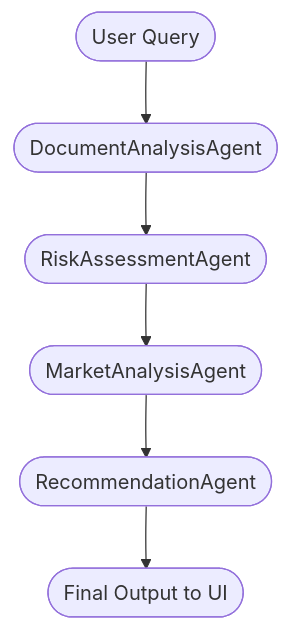
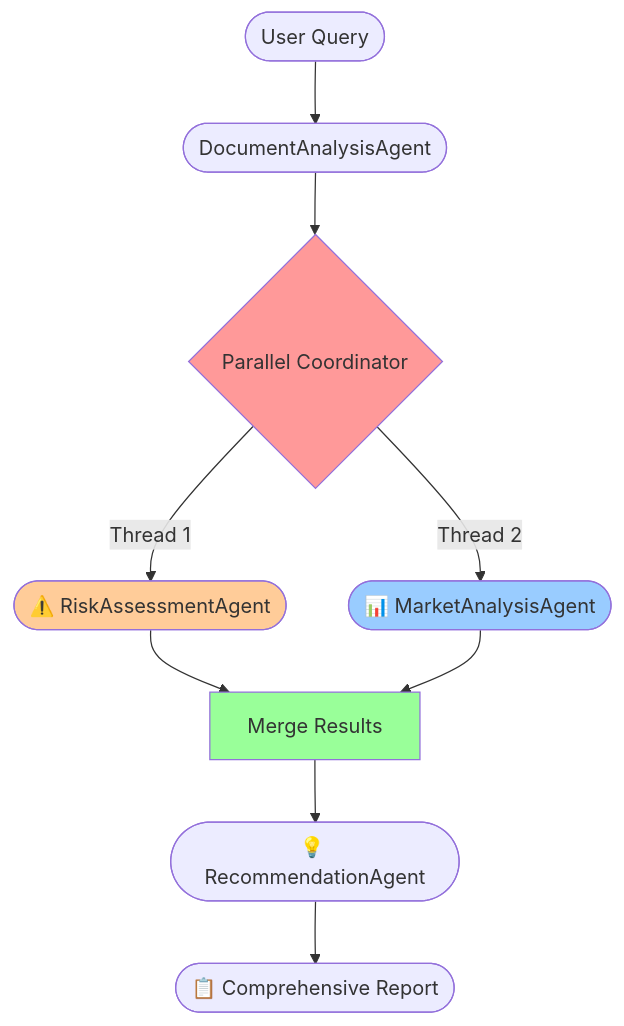
Before and after one commit to Antonio-Redondo/financial-agentic-platform: the diagram in md/MULTIAGENTS_WORKFLOW.md, drawn with Mermaid. The commit also changed other lines of this file, not shown here.

````diff
--- a/md/MULTIAGENTS_WORKFLOW.md
+++ b/md/MULTIAGENTS_WORKFLOW.md
@@ -50,8 +125,16 @@
 ```mermaid
 flowchart TD
-      A([User Query]) --> B([DocumentAnalysisAgent])
-      B --> C([RiskAssessmentAgent])
-      C --> D([MarketAnalysisAgent])
-      D --> E([RecommendationAgent])
-      E --> F([Final Output to UI])
+    A([User Query]) --> B([DocumentAnalysisAgent])
+    B --> C{Parallel Coordinator}
+    C -->|Thread 1| D([⚠️ RiskAssessmentAgent])
+    C -->|Thread 2| E([📊 MarketAnalysisAgent])
+    D --> F[Merge Results]
+    E --> F
+    F --> G([💡 RecommendationAgent])
+    G --> H([📋 Comprehensive Report])
+    
+    style C fill:#ff9999
+    style D fill:#ffcc99
+    style E fill:#99ccff
+    style F fill:#99ff99
 ```
````
